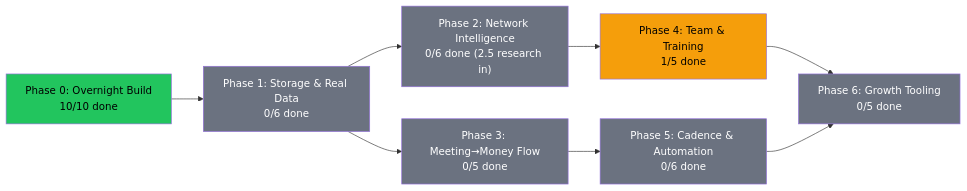
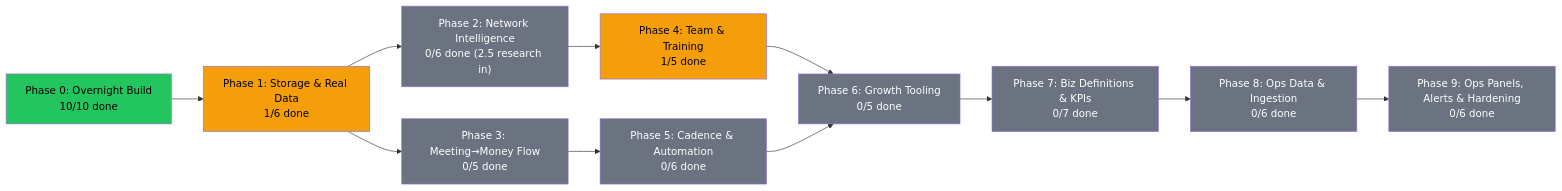
Before and after one commit to blacklabelbob/mle-rob-dashboard: the diagram in docs/plans/PRD-mle-rob-dashboard-v2.md, drawn with Mermaid. The commit also changed other lines of this file, not shown here.

````diff
--- a/docs/plans/PRD-mle-rob-dashboard-v2.md
+++ b/docs/plans/PRD-mle-rob-dashboard-v2.md
@@ -17,18 +21,24 @@
 ```mermaid
 flowchart LR
-    P0["Phase 0: Overnight Build<br/>10/10 done"] --> P1["Phase 1: Storage & Real Data<br/>0/6 done"]
+    P0["Phase 0: Overnight Build<br/>10/10 done"] --> P1["Phase 1: Storage & Real Data<br/>1/6 done"]
     P1 --> P2["Phase 2: Network Intelligence<br/>0/6 done (2.5 research in)"]
     P1 --> P3["Phase 3: Meeting→Money Flow<br/>0/5 done"]
     P2 --> P4["Phase 4: Team & Training<br/>1/5 done"]
     P3 --> P5["Phase 5: Cadence & Automation<br/>0/6 done"]
     P4 --> P6["Phase 6: Growth Tooling<br/>0/5 done"]
     P5 --> P6
+    P6 --> P7["Phase 7: Biz Definitions & KPIs<br/>0/7 done"]
+    P7 --> P8["Phase 8: Ops Data & Ingestion<br/>0/6 done"]
+    P8 --> P9["Phase 9: Ops Panels, Alerts & Hardening<br/>0/6 done"]
 
     style P0 fill:#22c55e,color:#000
-    style P1 fill:#6b7280,color:#fff
+    style P1 fill:#f59e0b,color:#000
     style P2 fill:#6b7280,color:#fff
     style P3 fill:#6b7280,color:#fff
     style P4 fill:#f59e0b,color:#000
     style P5 fill:#6b7280,color:#fff
     style P6 fill:#6b7280,color:#fff
+    style P7 fill:#6b7280,color:#fff
+    style P8 fill:#6b7280,color:#fff
+    style P9 fill:#6b7280,color:#fff
 ```
````
